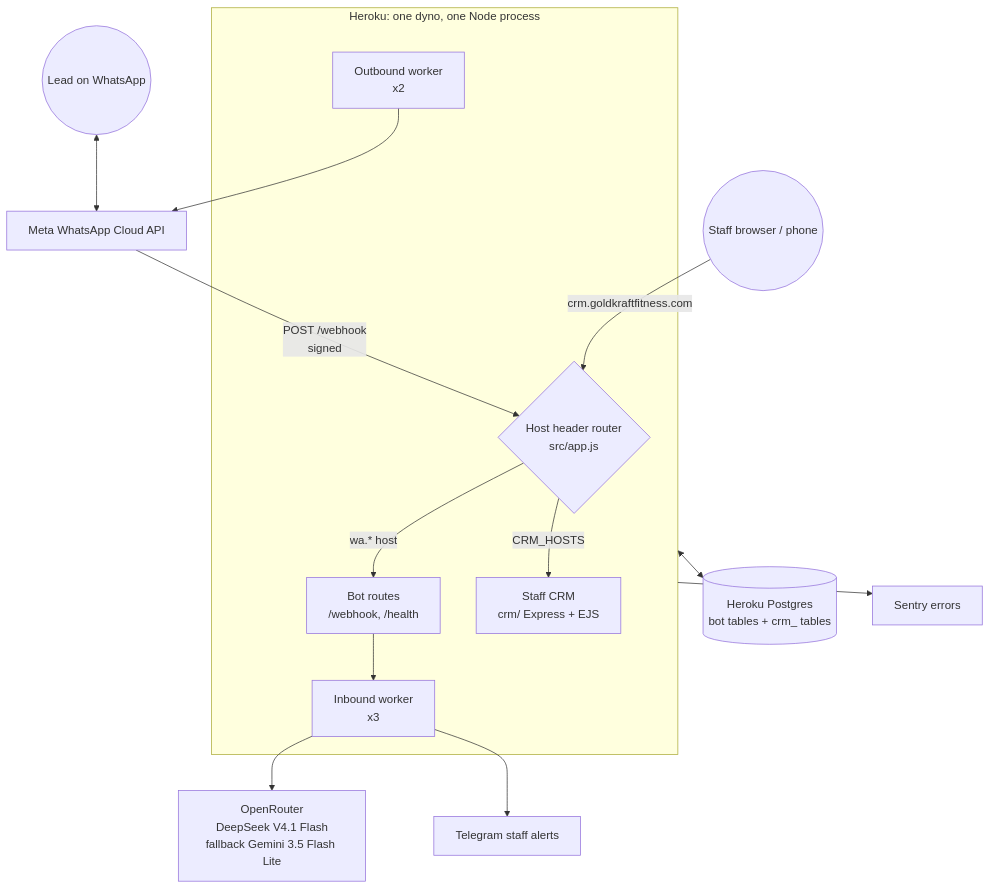
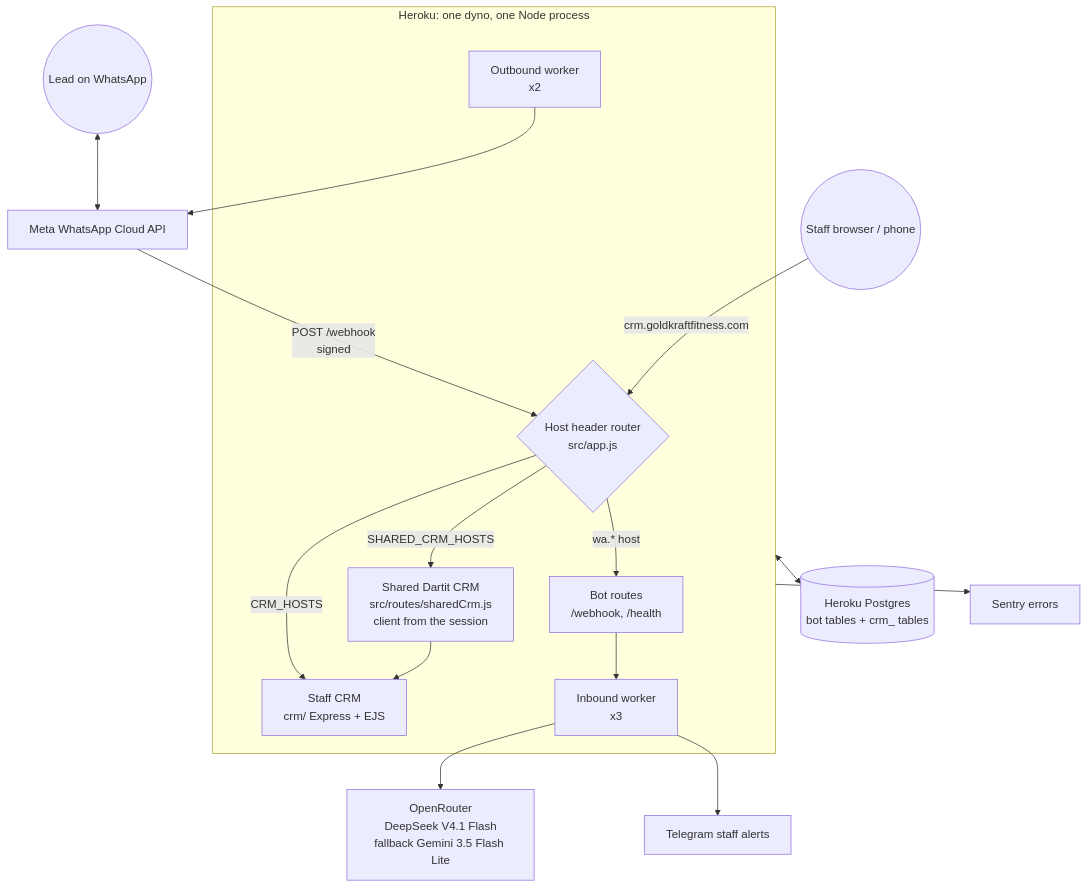
Before and after one commit to kaamilstudiesig/GKF-WA: the second of 6 diagrams in docs/ARCHITECTURE.md, drawn with Mermaid. The commit also changed 25 other files, not shown here.

First line of the commit message:
Shared Dartit CRM: one address where every client's staff sign in

````diff
--- a/docs/ARCHITECTURE.md
+++ b/docs/ARCHITECTURE.md
@@ -56,20 +56,21 @@
 ```mermaid
 flowchart TB
   Lead((Lead on WhatsApp)) <--> Meta[Meta WhatsApp Cloud API]
   Meta -->|POST /webhook<br/>signed| Router
   Staff((Staff browser / phone)) -->|crm.goldkraftfitness.com| Router
 
   subgraph Heroku["Heroku: one dyno, one Node process"]
     Router{Host header router<br/>src/app.js}
     Router -->|wa.* host| Bot[Bot routes<br/>/webhook, /health]
     Router -->|CRM_HOSTS| CRM[Staff CRM<br/>crm/ Express + EJS]
+    Router -->|SHARED_CRM_HOSTS| Shared[Shared Dartit CRM<br/>src/routes/sharedCrm.js<br/>client from the session] --> CRM
     Bot --> InQ[Inbound worker<br/>x3]
     OutQ[Outbound worker<br/>x2]
   end
 
   InQ --> AI[OpenRouter<br/>DeepSeek V4.1 Flash<br/>fallback Gemini 3.5 Flash Lite]
   OutQ --> Meta
   InQ --> TG[Telegram staff alerts]
   Heroku <--> PG[(Heroku Postgres<br/>bot tables + crm_ tables)]
   Heroku --> Sentry[Sentry errors]
 ```
````
